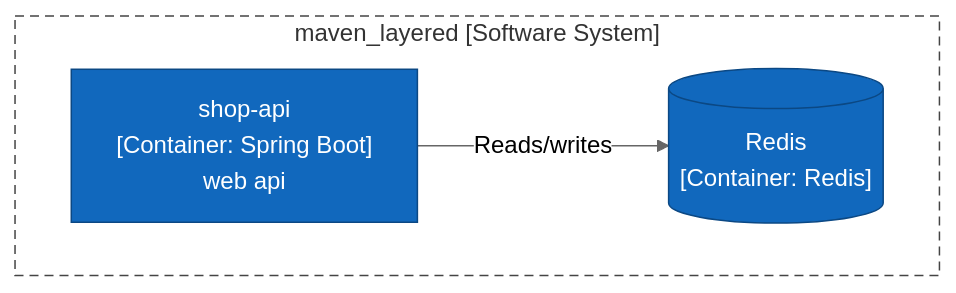
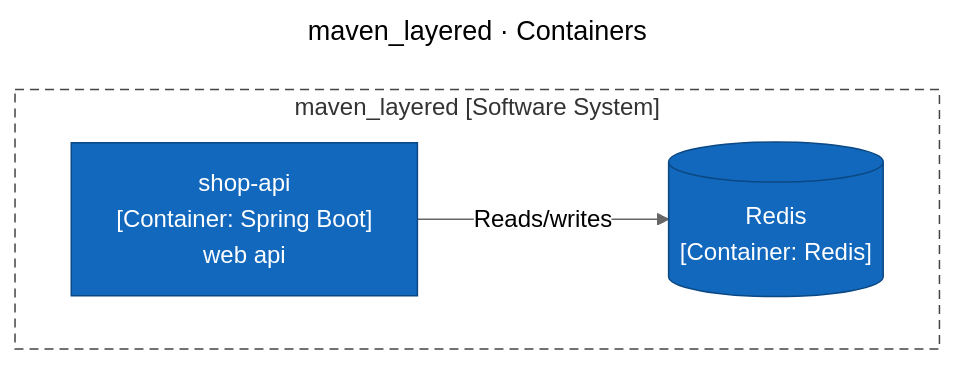
Before and after one commit to ythalorossy/architecture-skills: the first of 4 diagrams in tests/golden/maven_layered/output/ArchitectureReport.md, drawn with Mermaid (neutral theme). The commit also changed other lines of this file and 56 other files, not shown here.

First line of the commit message:
feat(c4): title every diagram and add one Key to the report

````diff
--- a/tests/golden/maven_layered/output/ArchitectureReport.md
+++ b/tests/golden/maven_layered/output/ArchitectureReport.md
@@ -27,16 +39,19 @@
 ```mermaid
+---
+title: "maven_layered · Containers"
+---
 flowchart TB
     subgraph boundary["maven_layered [Software System]"]
         shop_api["shop-api<br/>[Container: Spring Boot]<br/>web api"]
         db_redis[("Redis<br/>[Container: Redis]")]
     end
     shop_api -->|"Reads/writes"| db_redis
     classDef person fill:#08427b,stroke:#052e56,color:#ffffff
     classDef container fill:#1168bd,stroke:#0b4884,color:#ffffff
     classDef system fill:#1168bd,stroke:#0b4884,color:#ffffff
     classDef component fill:#85bbf0,stroke:#5d82a8,color:#000000
     classDef external fill:#999999,stroke:#6b6b6b,color:#ffffff
     classDef shared fill:#dbe9f6,stroke:#5d82a8,color:#000000,stroke-dasharray:4 3
     class shop_api,db_redis container
     style boundary fill:none,stroke:#444444,stroke-dasharray:6 4
 ```
````
